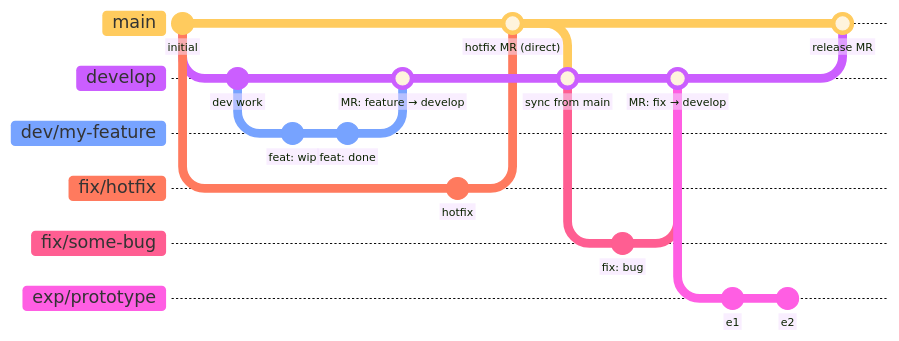
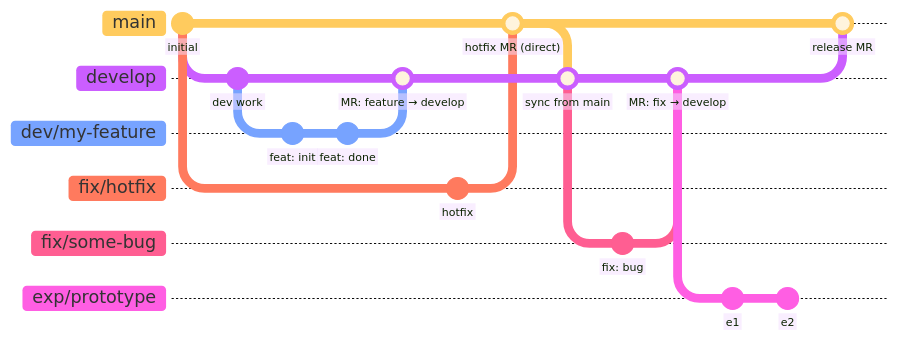
The diagram in CONTRIBUTING.md (GEG-ETHZ/TANGO-core), drawn with Mermaid before and after one commit.

Commit message:
wordsmithing

````diff
--- a/CONTRIBUTING.md
+++ b/CONTRIBUTING.md
@@ -26,43 +26,43 @@
 ```mermaid
 %%{init: { 'logLevel': 'debug', 'theme': 'base',
            'gitGraph': {'rotateCommitLabel': false} } }%%
 gitGraph LR:
    commit id: "initial"
 
    branch develop
    checkout develop
    commit id: "dev work"
 
    branch dev/my-feature
    checkout dev/my-feature
-   commit id: "feat: wip"
+   commit id: "feat: init"
    commit id: "feat: done"
 
    checkout develop
    merge dev/my-feature id: "MR: feature → develop"
 
    checkout main
    branch fix/hotfix
    checkout fix/hotfix
    commit id: "hotfix"
    checkout main
    merge fix/hotfix id: "hotfix MR (direct)"
 
    checkout develop
    merge main id: "sync from main"
 
    checkout develop
    branch fix/some-bug
    checkout fix/some-bug
    commit id: "fix: bug"
    checkout develop
    merge fix/some-bug id: "MR: fix → develop"
 
    branch exp/prototype
    checkout exp/prototype
    commit id: "e1"
    commit id: "e2"
 
    checkout main
    merge develop id: "release MR"
 ```
````
